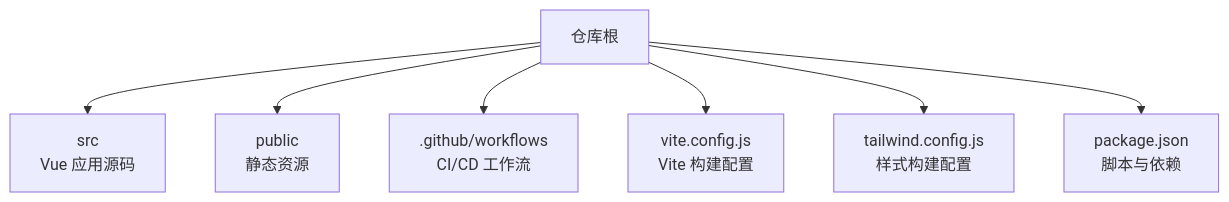
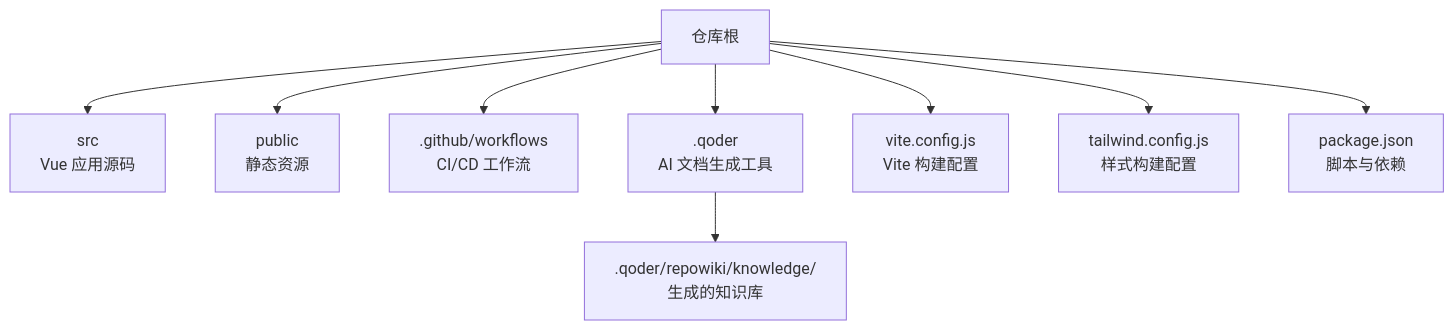
Before and after one commit to sunwenxu1997/sunwenxu1997.github.io: the first of 7 diagrams in .qoder/repowiki/zh/content/构建与部署.md, drawn with Mermaid. The commit also changed other lines of this file and 8 other files, not shown here.

````diff
--- a/.qoder/repowiki/zh/content/构建与部署.md
+++ b/.qoder/repowiki/zh/content/构建与部署.md
@@ -43,9 +54,11 @@
 ```mermaid
 graph TB
 A["仓库根"] --> B["src<br/>Vue 应用源码"]
 A --> C["public<br/>静态资源"]
 A --> D[".github/workflows<br/>CI/CD 工作流"]
-A --> E["vite.config.js<br/>Vite 构建配置"]
-A --> F["tailwind.config.js<br/>样式构建配置"]
-A --> G["package.json<br/>脚本与依赖"]
+A --> E[".qoder<br/>AI 文档生成工具"]
+A --> F["vite.config.js<br/>Vite 构建配置"]
+A --> G["tailwind.config.js<br/>样式构建配置"]
+A --> H["package.json<br/>脚本与依赖"]
+E --> I[".qoder/repowiki/knowledge/<br/>生成的知识库"]
 ```
````
